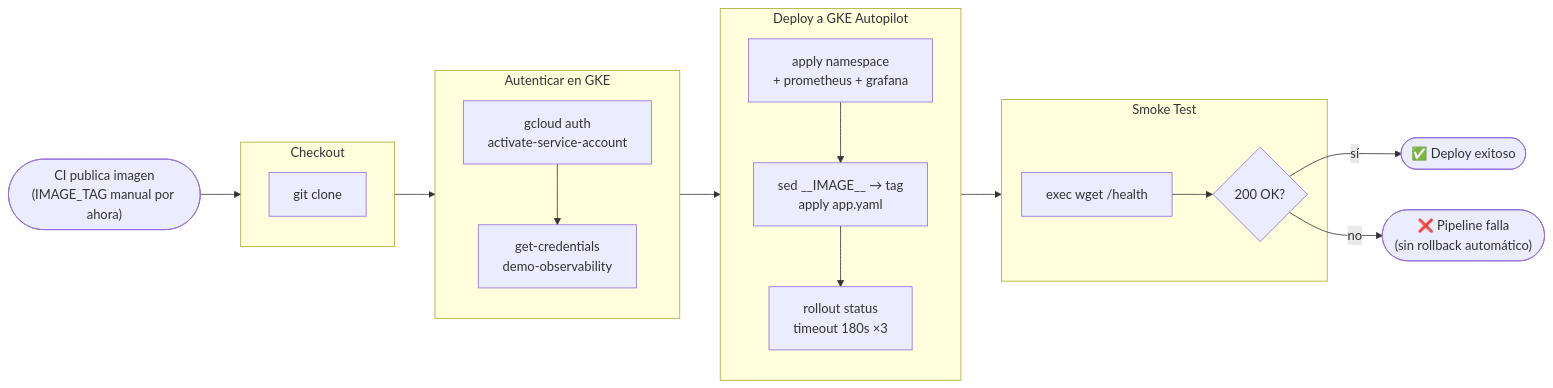
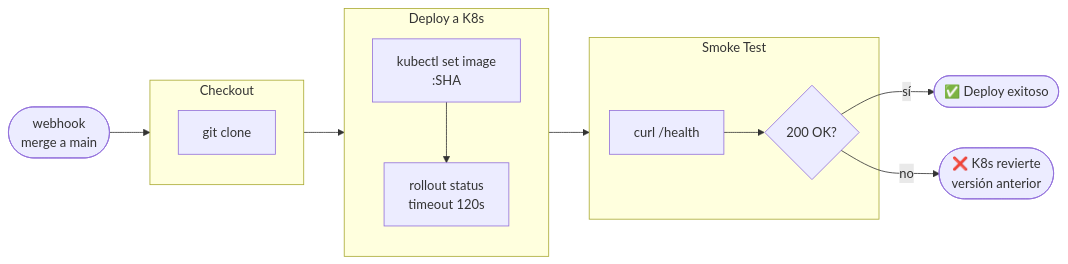
One commit to MAS-SABANA/MAS-01-DEVOPS-03-CICD changed the third of 4 diagrams in README.md. Above: the diagram before and after it, drawn with Mermaid. The commit also changed other lines of this file and 2 other files, not shown here.

Commit message:
docs: update README and technical report with CI/CD pipeline details and improvements

````diff
--- a/README.md
+++ b/README.md
@@ -178,29 +179,23 @@
 ```mermaid
 flowchart LR
-  trigger(["CI publica imagen\n(IMAGE_TAG manual por ahora)"]) --> checkout
+  webhook(["webhook\nmerge a main"]) --> checkout
 
   subgraph checkout["Checkout"]
     c1[git clone]
   end
 
-  checkout --> auth
+  checkout --> deploy
 
-  subgraph auth["Autenticar en GKE"]
-    a1[gcloud auth\nactivate-service-account] --> a2[get-credentials\ndemo-observability]
-  end
-
-  auth --> deploy
-
-  subgraph deploy["Deploy a GKE Autopilot"]
-    d1[apply namespace\n+ prometheus + grafana] --> d2["sed __IMAGE__ → tag\napply app.yaml"] --> d3[rollout status\ntimeout 180s ×3]
+  subgraph deploy["Deploy a K8s"]
+    d1[kubectl set image\n:SHA] --> d2[rollout status\ntimeout 120s]
   end
 
   deploy --> smoke
 
   subgraph smoke["Smoke Test"]
-    sm1["exec wget /health"] --> sm2{200 OK?}
+    sm1[curl /health] --> sm2{200 OK?}
   end
 
   sm2 -->|"sí"| ok(["✅ Deploy exitoso"])
-  sm2 -->|"no"| fail(["❌ Pipeline falla\n(sin rollback automático)"])
+  sm2 -->|"no"| fail(["❌ K8s revierte\nversión anterior"])
 ```
````
